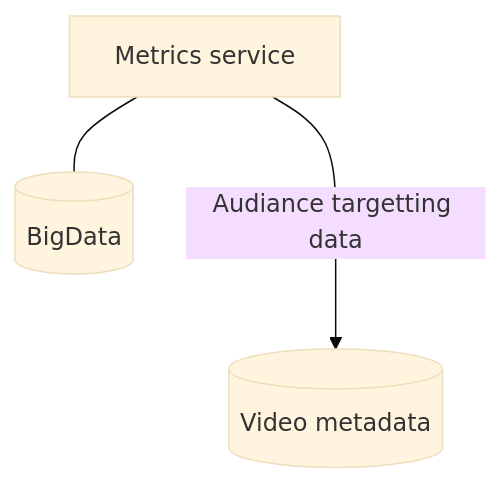
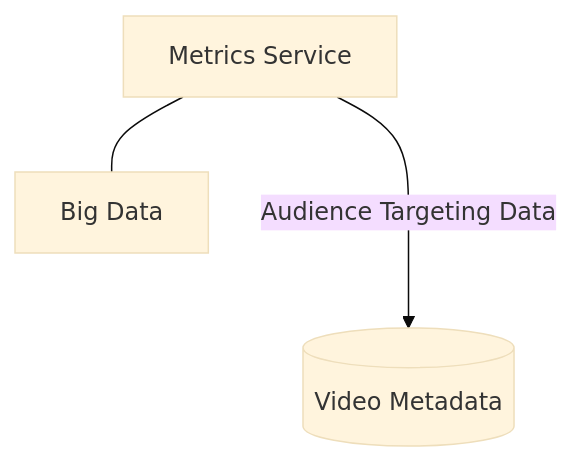
One commit to kevthunder/Vention-system-design-assessment changed diagram 12 of 12 in docs/README.md. Above: the diagram before and after it, drawn with Mermaid (base theme). The commit also changed other lines of this file and 1 other file, not shown here.

````diff
--- a/docs/README.md
+++ b/docs/README.md
@@ -269,8 +273,8 @@
 ```mermaid
 flowchart TD
-    VideoDB[(Video metadata)]
-    Metric[Metrics service]
-    BigData[("BigData")]
-    Metric -- Audiance targetting data ---> VideoDB
-    Metric --- BigData
+    VideoDb[(Video Metadata)]
+    Metrics[Metrics Service]
+    BigData[Big Data]
+    Metrics -- Audience Targeting Data ---> VideoDb
+    Metrics --- BigData
 ```
````
